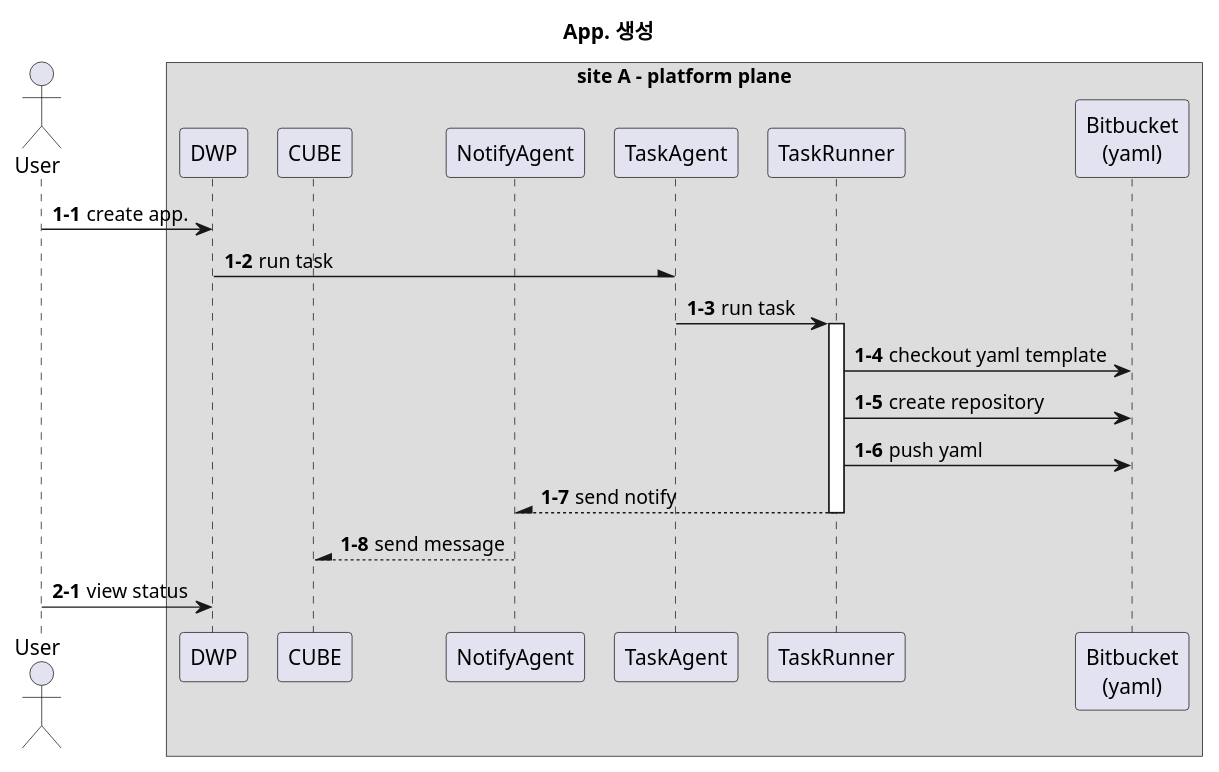
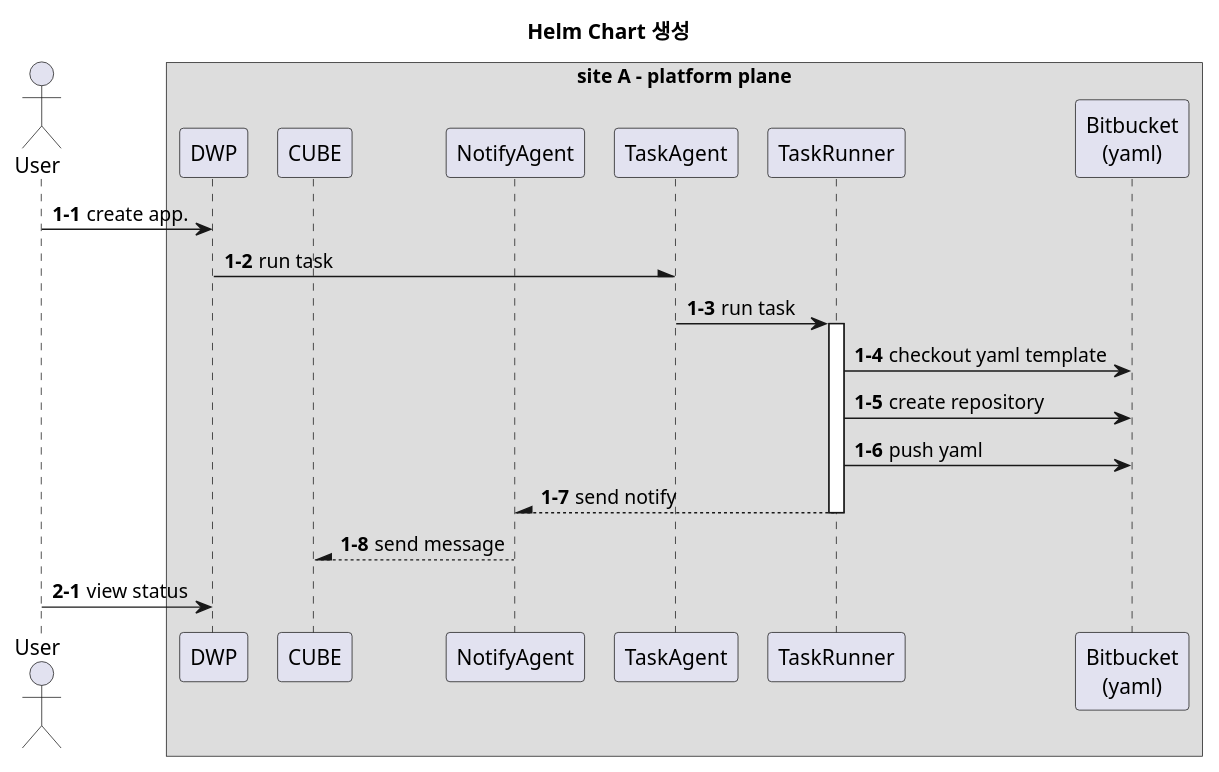
Before and after one commit to htdp1/am-arch: the eighth of 15 diagrams in docs/src/multi-cloud/diagram.md, drawn with PlantUML. The commit also changed other lines of this file, not shown here.

Commit message:
modify diagram 1552

```diff
--- a/docs/src/multi-cloud/diagram.md
+++ b/docs/src/multi-cloud/diagram.md
@@ -315,33 +324,33 @@
 @startuml
 
 scale 1
 skinparam ParticipantPadding 5
 skinparam BoxPadding 5
-title "App. 생성"
+title "Helm Chart 생성"
 
 actor User
 box "site A - platform plane"
     participant DWP
     participant CUBE
     participant NotifyAgent
     participant TaskAgent
     participant TaskRunner
     participant "Bitbucket\n(yaml)" as yaml
 end box
 
 autonumber 1-1
 User -> DWP : create app.
 DWP -\ TaskAgent : run task
 TaskAgent -> TaskRunner : run task
 activate TaskRunner
 TaskRunner -> yaml : checkout yaml template
 TaskRunner -> yaml : create repository
 TaskRunner -> yaml : push yaml
 TaskRunner --\ NotifyAgent : send notify
 deactivate TaskRunner
 NotifyAgent --\ CUBE : send message
 
 autonumber 2-1
 User -> DWP : view status
 
 @enduml
```
